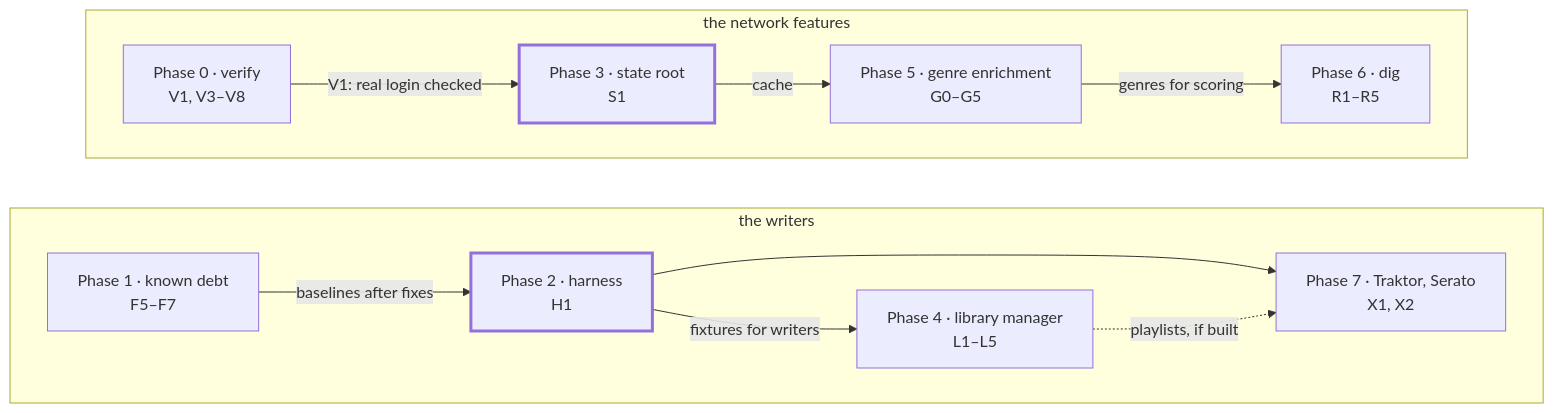
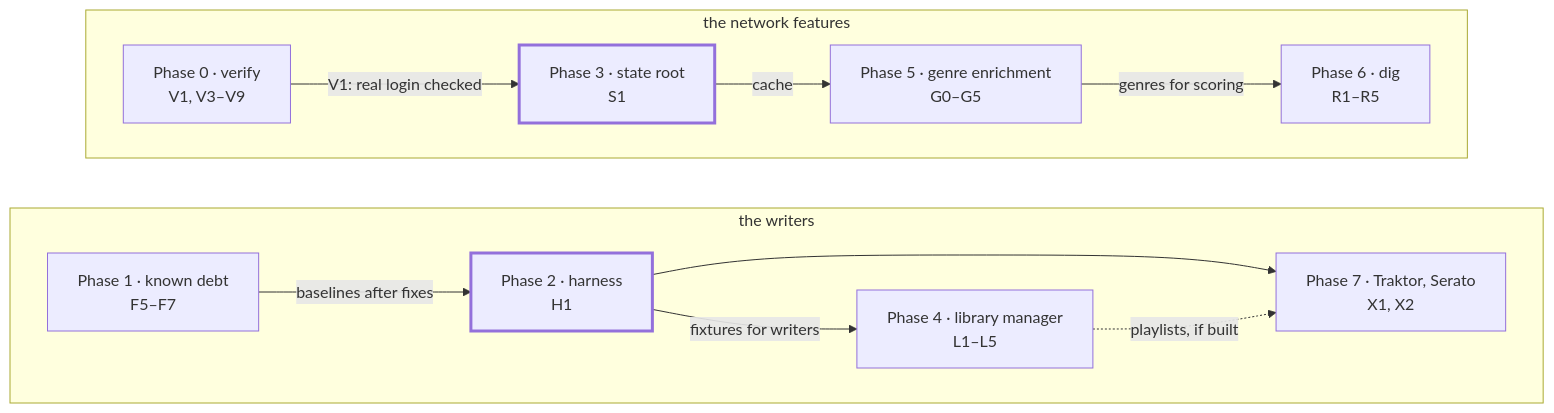
One commit to eigenomarksamy/selecta changed the diagram in docs/plan.md. Above: the diagram before and after it, drawn with Mermaid. The commit also changed other lines of this file and 2 other files, not shown here.

Commit message:
close v3 and v8: firefox and webkit checked through playwright, encoding checked on windows and posix, and add v9 for webkit's failed reads

````diff
--- a/docs/plan.md
+++ b/docs/plan.md
@@ -1265,18 +1302,18 @@
 ```mermaid
 flowchart LR
   subgraph writers["the writers"]
     direction LR
     P1["Phase 1 · known debt<br/>F5–F7"] -->|"baselines after fixes"| P2["Phase 2 · harness<br/>H1"]
     P2 -->|"fixtures for writers"| P4["Phase 4 · library manager<br/>L1–L5"]
     P2 --> P7["Phase 7 · Traktor, Serato<br/>X1, X2"]
     P4 -.->|"playlists, if built"| P7
   end
   subgraph network["the network features"]
     direction LR
-    P0["Phase 0 · verify<br/>V1, V3–V8"] -->|"V1: real login checked"| P3["Phase 3 · state root<br/>S1"]
+    P0["Phase 0 · verify<br/>V1, V3–V9"] -->|"V1: real login checked"| P3["Phase 3 · state root<br/>S1"]
     P3 -->|"cache"| P5["Phase 5 · genre enrichment<br/>G0–G5"]
     P5 -->|"genres for scoring"| P6["Phase 6 · dig<br/>R1–R5"]
   end
   classDef foundation stroke-width:3px
   class P2,P3 foundation
 ```
````
